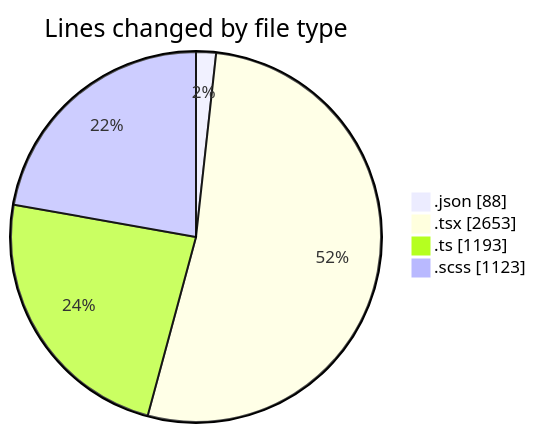
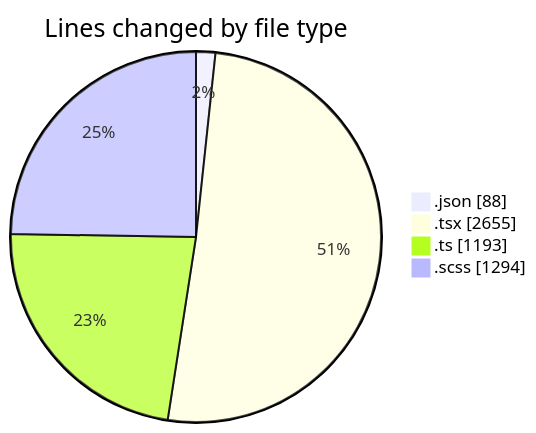
One commit to momahboobian/code-tracking changed the first of 2 diagrams in 2026-10-22/cda/README.md. Above: the diagram before and after it, drawn with Mermaid. The commit also changed other lines of this file and 1 other file, not shown here.

````diff
--- a/2026-10-22/cda/README.md
+++ b/2026-10-22/cda/README.md
@@ -32,8 +33,8 @@
 ```mermaid
 pie showData
 title Lines changed by file type
 ".json" : 88
-".tsx" : 2653
+".tsx" : 2655
 ".ts" : 1193
-".scss" : 1123
+".scss" : 1294
 ```
````
